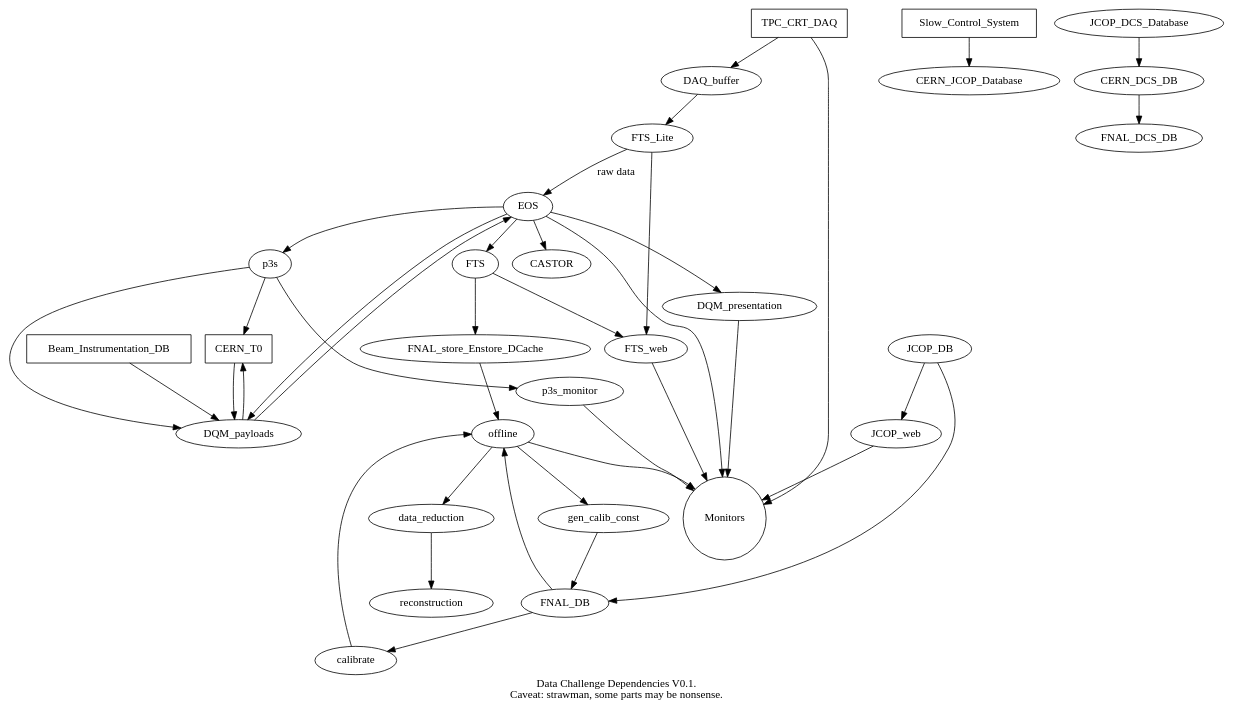
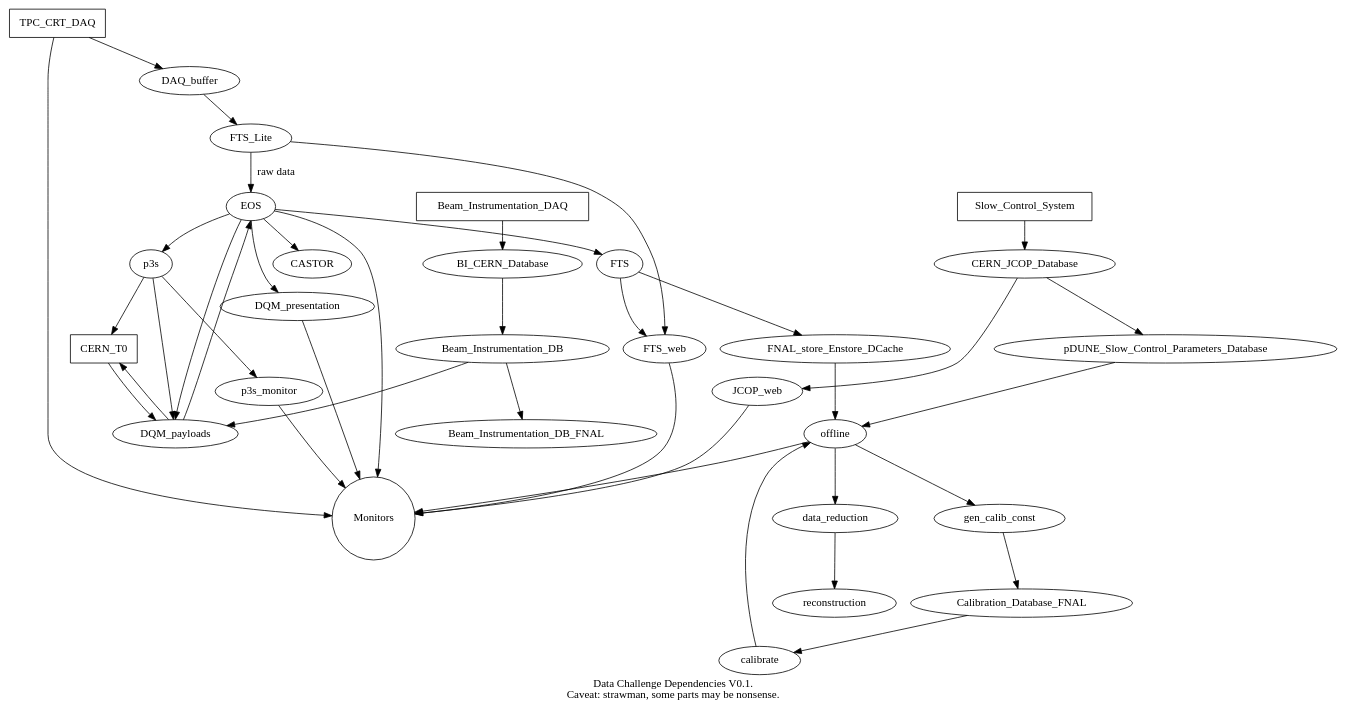
Before and after one commit to DUNE/protodune-raw-data-mgt: the diagram in data-challenge/integration.dot, drawn with Graphviz.

Commit message:
rationalize BI bubbles

```diff
--- a/data-challenge/integration.dot
+++ b/data-challenge/integration.dot
@@ -1,48 +1,49 @@
 digraph integration {
     label="Data Challenge Dependencies V0.1.\nCaveat: strawman, some parts may be nonsense.";
     edge [comment="Wildcard node added automatic in EG."];
     node [comment="Wildcard node added automatic in EG."];
     TPC_CRT_DAQ [shape="box"];
-    Beam_Instrumentation_DB [shape="box"];
+    Beam_Instrumentation_DAQ [shape="box"];
     CERN_T0 [shape="box"];
     Slow_Control_System [shape=box];
     Monitors [shape="circle"];
     Slow_Control_System -> CERN_JCOP_Database;
-    JCOP_DCS_Database -> CERN_DCS_DB;
-    CERN_DCS_DB -> FNAL_DCS_DB;
+    Beam_Instrumentation_DAQ -> BI_CERN_Database;
+    BI_CERN_Database -> Beam_Instrumentation_DB;
+    Beam_Instrumentation_DB -> Beam_Instrumentation_DB_FNAL;
     TPC_CRT_DAQ -> DAQ_buffer;
     TPC_CRT_DAQ -> Monitors;
     DAQ_buffer -> FTS_Lite;
     FTS_Lite -> FTS_web;
     FTS_Lite -> EOS  [label="raw data"];
     EOS -> p3s;
     p3s -> CERN_T0;
     p3s -> DQM_payloads;
     p3s -> p3s_monitor;
-    p3s_monitor->Monitors;
+    p3s_monitor -> Monitors;
     DQM_payloads -> EOS;
     EOS -> DQM_payloads;
     EOS -> DQM_presentation;
     EOS -> Monitors;
     DQM_presentation -> Monitors;
     EOS -> CASTOR;
     EOS -> FTS;
     FTS -> FTS_web;
     FTS_web -> Monitors;
     FTS -> FNAL_store_Enstore_DCache;
     FNAL_store_Enstore_DCache -> offline;
     offline -> data_reduction;
     data_reduction -> reconstruction;
     Beam_Instrumentation_DB -> DQM_payloads;
-    JCOP_DB -> JCOP_web;
+    CERN_JCOP_Database -> JCOP_web;
     JCOP_web -> Monitors;
-    JCOP_DB -> FNAL_DB;
-    FNAL_DB -> offline;
+    CERN_JCOP_Database -> pDUNE_Slow_Control_Parameters_Database;
+    pDUNE_Slow_Control_Parameters_Database -> offline;
     DQM_payloads -> CERN_T0;
     CERN_T0 -> DQM_payloads;
     offline -> gen_calib_const;
     offline -> Monitors;
-    gen_calib_const -> FNAL_DB;
-    FNAL_DB -> calibrate;
+    gen_calib_const -> Calibration_Database_FNAL;
+    Calibration_Database_FNAL -> calibrate;
     calibrate -> offline;
 }
```
